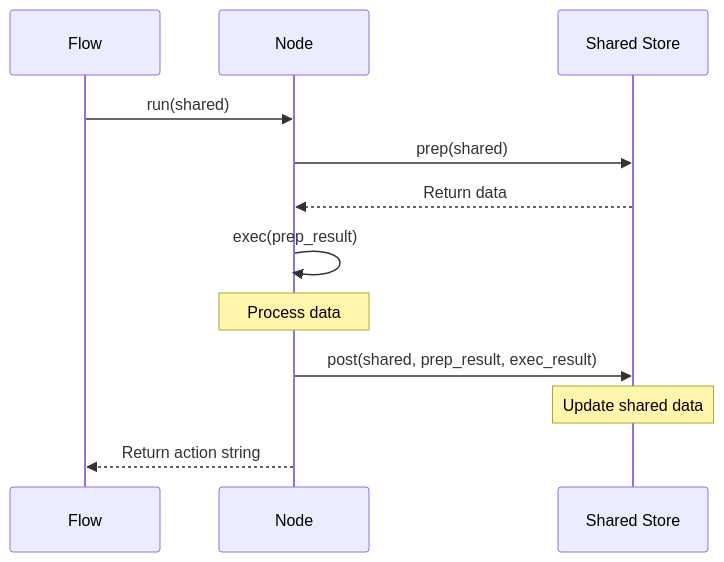
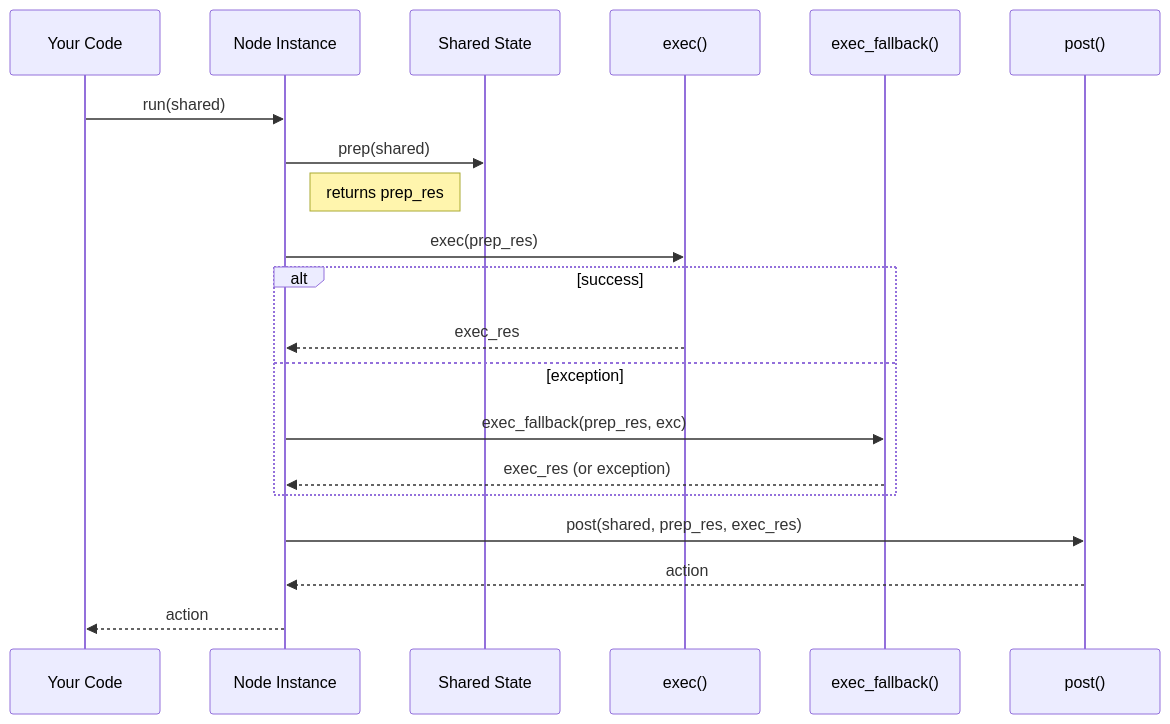
Before and after one commit to vegeta03/Codebase-Tutorials-using-PocketFlow: the diagram in PocketFlow/01_node_.md, drawn with Mermaid. The commit also changed other lines of this file and 86 other files, not shown here.

````diff
--- a/PocketFlow/01_node_.md
+++ b/PocketFlow/01_node_.md
@@ -167,19 +166,22 @@
 ```mermaid
 sequenceDiagram
-    participant F as Flow
-    participant N as Node
-    participant S as Shared Store
-    
-    F->>N: run(shared)
-    
-    N->>S: prep(shared)
-    S-->>N: Return data
-    
-    N->>N: exec(prep_result)
-    Note over N: Process data
-    
-    N->>S: post(shared, prep_result, exec_result)
-    Note over S: Update shared data
-    
-    N-->>F: Return action string
+  participant Caller as Your Code
+  participant Node as Node Instance
+  participant Shared as Shared State
+  participant Exec as exec()
+  participant Fallback as exec_fallback()
+  participant Post as post()
+  Caller->>Node: run(shared)
+  Node->>Shared: prep(shared)
+  Note right of Node: returns prep_res
+  Node->>Exec: exec(prep_res)
+  alt success
+    Exec-->>Node: exec_res
+  else exception
+    Node->>Fallback: exec_fallback(prep_res, exc)
+    Fallback-->>Node: exec_res (or exception)
+  end
+  Node->>Post: post(shared, prep_res, exec_res)
+  Post-->>Node: action
+  Node-->>Caller: action
 ```
````
